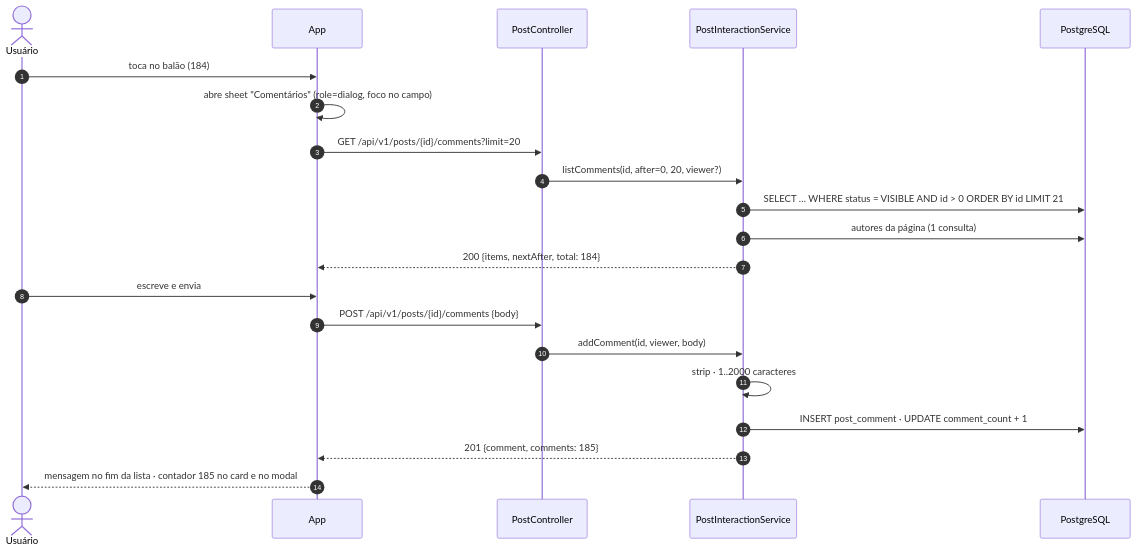
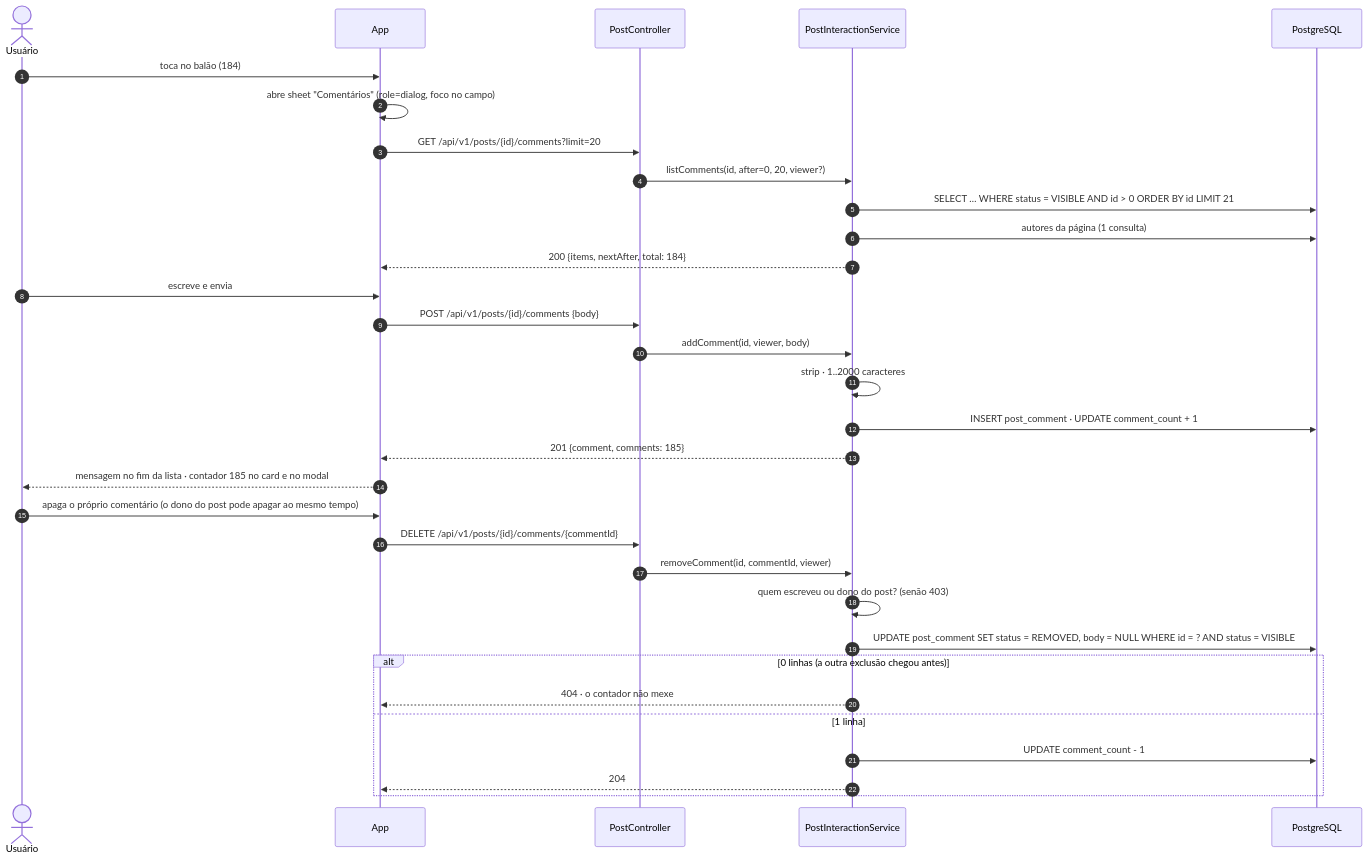
The third of 6 diagrams in docs/rf/RF26-interacoes-post.md (MatheusHaliski/orange_social_velion), drawn with Mermaid before and after one commit. The commit also changed other lines of this file and 3 other files, not shown here.

First line of the commit message:
RF26: exclusão de comentário atômica, o contador desce uma vez só

````diff
--- a/docs/rf/RF26-interacoes-post.md
+++ b/docs/rf/RF26-interacoes-post.md
@@ -109,24 +111,35 @@
 ```mermaid
 sequenceDiagram
     autonumber
     actor U as Usuário
     participant APP as App
     participant API as PostController
     participant S as PostInteractionService
     participant PG as PostgreSQL
 
     U->>APP: toca no balão (184)
     APP->>APP: abre sheet "Comentários" (role=dialog, foco no campo)
     APP->>API: GET /api/v1/posts/{id}/comments?limit=20
     API->>S: listComments(id, after=0, 20, viewer?)
     S->>PG: SELECT … WHERE status = VISIBLE AND id > 0 ORDER BY id LIMIT 21
     S->>PG: autores da página (1 consulta)
     S-->>APP: 200 {items, nextAfter, total: 184}
     U->>APP: escreve e envia
     APP->>API: POST /api/v1/posts/{id}/comments {body}
     API->>S: addComment(id, viewer, body)
     S->>S: strip · 1..2000 caracteres
     S->>PG: INSERT post_comment · UPDATE comment_count + 1
     S-->>APP: 201 {comment, comments: 185}
     APP-->>U: mensagem no fim da lista · contador 185 no card e no modal
+    U->>APP: apaga o próprio comentário (o dono do post pode apagar ao mesmo tempo)
+    APP->>API: DELETE /api/v1/posts/{id}/comments/{commentId}
+    API->>S: removeComment(id, commentId, viewer)
+    S->>S: quem escreveu ou dono do post? (senão 403)
+    S->>PG: UPDATE post_comment SET status = REMOVED, body = NULL WHERE id = ? AND status = VISIBLE
+    alt 0 linhas (a outra exclusão chegou antes)
+        S-->>APP: 404 · o contador não mexe
+    else 1 linha
+        S->>PG: UPDATE comment_count - 1
+        S-->>APP: 204
+    end
 ```
````
